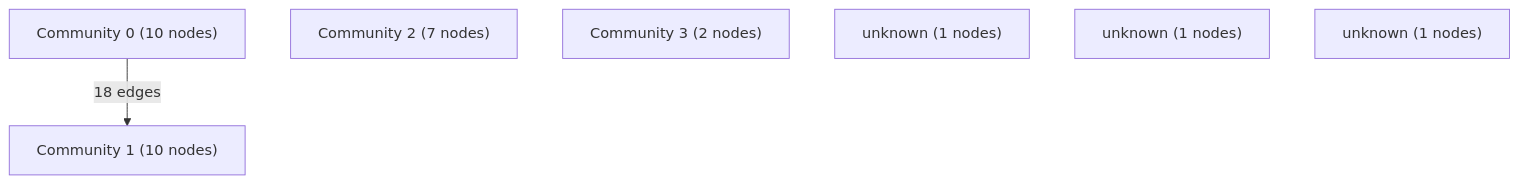
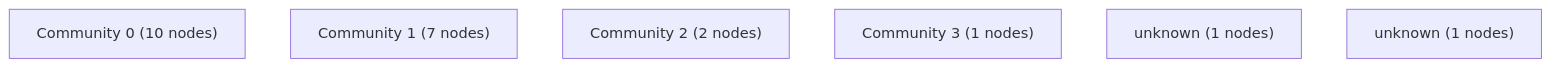
One commit to truongcp0305/tv changed the diagram in graphify-out/wiki/index.md. Above: the diagram before and after it, drawn with Mermaid. The commit also changed other lines of this file and 29 other files, not shown here.

````diff
--- a/graphify-out/wiki/index.md
+++ b/graphify-out/wiki/index.md
@@ -11,11 +11,9 @@
 ```mermaid
 flowchart TD
     C0["Community 0 (10 nodes)"]
-    C1["Community 1 (10 nodes)"]
-    C2["Community 2 (7 nodes)"]
-    C3["Community 3 (2 nodes)"]
+    C1["Community 1 (7 nodes)"]
+    C2["Community 2 (2 nodes)"]
+    C3["Community 3 (1 nodes)"]
     C4["unknown (1 nodes)"]
     C5["unknown (1 nodes)"]
-    C6["unknown (1 nodes)"]
-    C0 -->|18 edges| C1
 ```
````
